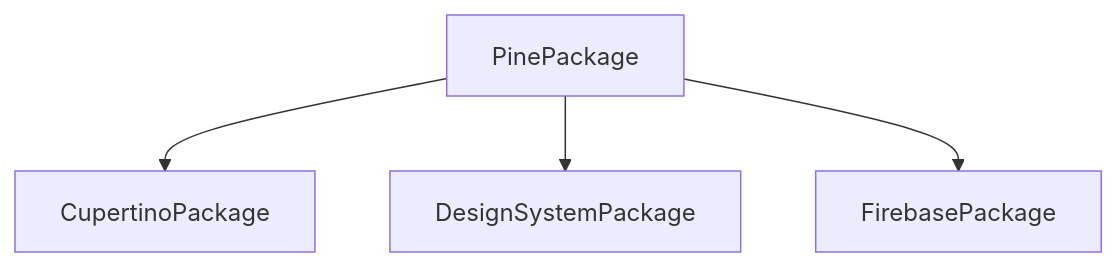
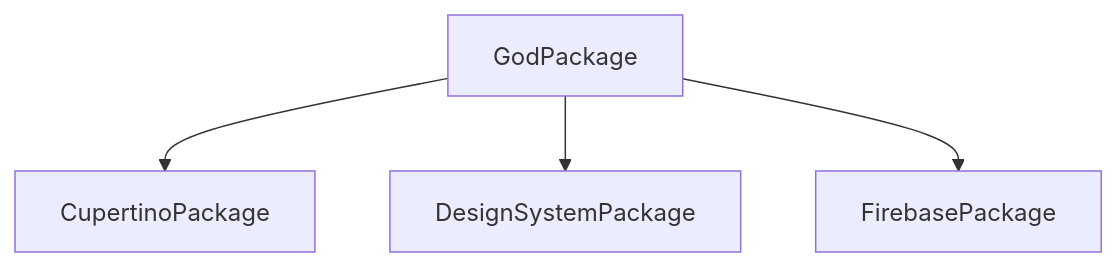
Before and after one commit to 0x1-company/god-ios: the diagram in Packages/README.md, drawn with Mermaid. The commit also changed 21 other files, not shown here.

Commit message:
Rename pine to god

````diff
--- a/Packages/README.md
+++ b/Packages/README.md
@@ -1,6 +1,6 @@
 ```mermaid
 graph TD;
-    PinePackage-->CupertinoPackage;
-    PinePackage-->DesignSystemPackage;
-    PinePackage-->FirebasePackage;
+    GodPackage-->CupertinoPackage;
+    GodPackage-->DesignSystemPackage;
+    GodPackage-->FirebasePackage;
 ```
````
